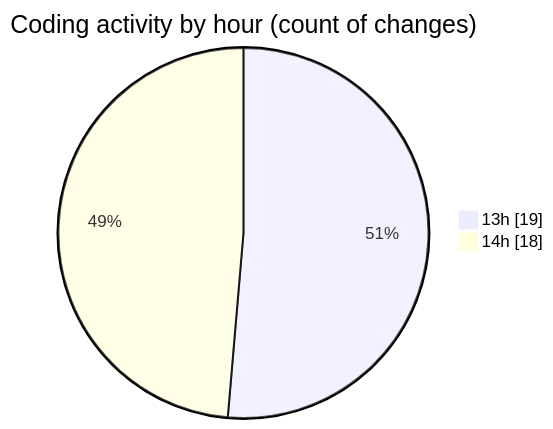
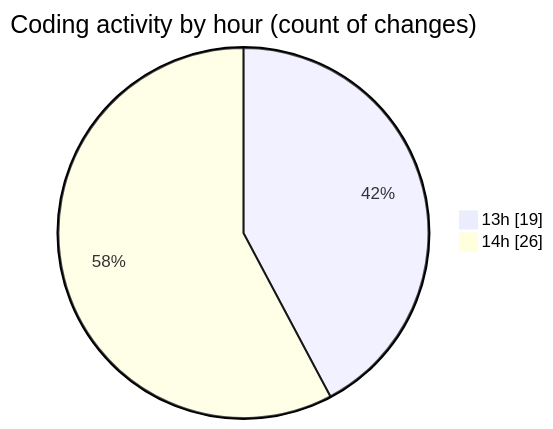
Before and after one commit to robertbonfada/code-tracking: the second of 2 diagrams in 2025-03-03/kart-online/README.md, drawn with Mermaid. The commit also changed other lines of this file and 1 other file, not shown here.

````diff
--- a/2025-03-03/kart-online/README.md
+++ b/2025-03-03/kart-online/README.md
@@ -46,6 +50,6 @@
 ```mermaid
 pie showData
 title Coding activity by hour (count of changes)
 "13h" : 19
-"14h" : 18
+"14h" : 26
 ```
````
